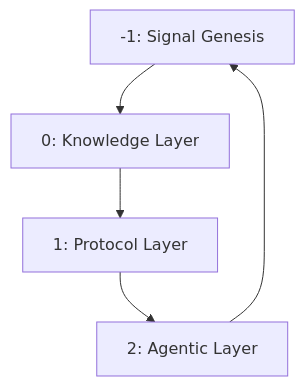
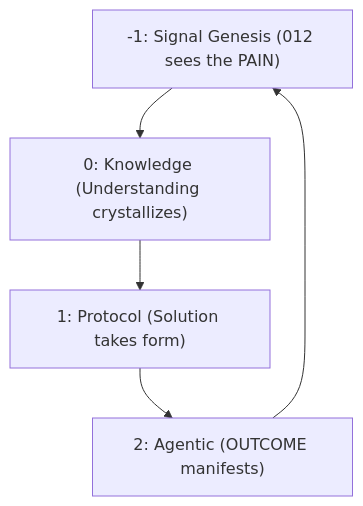
Before and after one commit to Foundup/Foundups-Agent: the first of 2 diagrams in WSP_framework/src/WSP_27_pArtifact_DAE_Architecture.md, drawn with Mermaid. The commit also changed other lines of this file and 223 other files, not shown here.

First line of the commit message:
feat(wsp): FoundUps prototype architecture - 21M token model, 3-layer blockchain, subscription monetization, OBAI identity

````diff
--- a/WSP_framework/src/WSP_27_pArtifact_DAE_Architecture.md
+++ b/WSP_framework/src/WSP_27_pArtifact_DAE_Architecture.md
@@ -38,7 +125,7 @@
 ```mermaid
 graph TD
-    A["-1: Signal Genesis"] --> B["0: Knowledge Layer"]
-    B --> C["1: Protocol Layer"]
-    C --> D["2: Agentic Layer"]
+    A["-1: Signal Genesis (012 sees the PAIN)"] --> B["0: Knowledge (Understanding crystallizes)"]
+    B --> C["1: Protocol (Solution takes form)"]
+    C --> D["2: Agentic (OUTCOME manifests)"]
     D --> A
 ```
````
